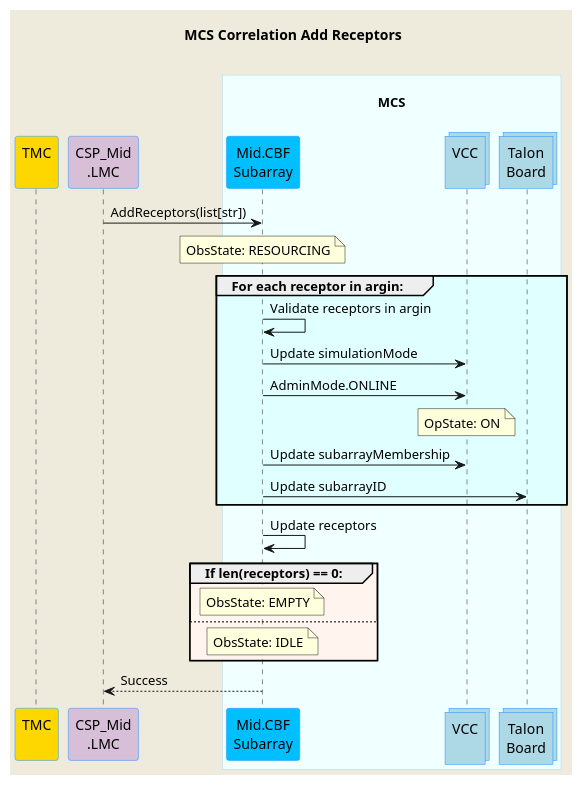
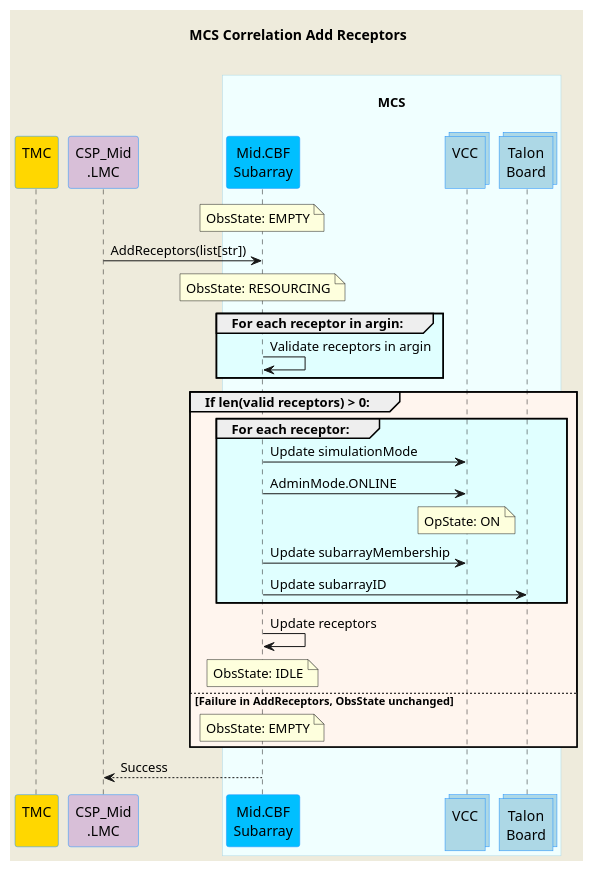
Before and after one commit to ska-telescope/mid-cbf-mcs: the diagram in docs/src/diagrams/add-receptors.puml, drawn with PlantUML. The commit also changed 1 other file, not shown here.

Commit message:
CIP-2424 remove subarray from on sequence, update addreceptors sequence

```diff
--- a/docs/src/diagrams/add-receptors.puml
+++ b/docs/src/diagrams/add-receptors.puml
@@ -1,51 +1,53 @@
 @startuml
 'https://plantuml.com/sequence-diagram
 
 skinparam backgroundColor #EEEBDC
 skinparam sequence {
     ParticipantBorderColor DodgerBlue
     ParticipantBackgroundColor DeepSkyBlue
     ActorBorderColor DarkGreen
     ActorBackgroundColor Green
     BoxBorderColor LightBlue
     BoxBackgroundColor #F0FFFF
 }
 skinparam collections {
     BackGroundColor LightBlue
     BorderColor DodgerBlue
 }
 
 title MCS Correlation Add Receptors\n
 
 participant "TMC\n" as tmc #Gold
 participant "CSP_Mid\n.LMC" as lmc #Thistle
 box "\nMCS\n"
     participant "Mid.CBF\nSubarray" as subarray
     collections "VCC\n" as vcc
     collections "Talon\nBoard" as talon
 end box
 
+note over subarray       : ObsState: EMPTY
 lmc         ->  subarray     : AddReceptors(list[str])
 note over subarray           : ObsState: RESOURCING
-
 group #LightCyan For each receptor in argin:
     subarray    -> subarray  : Validate receptors in argin
-    subarray    -> vcc       : Update simulationMode
-    subarray    -> vcc       : AdminMode.ONLINE
-    note over vcc            : OpState: ON
-    subarray    ->  vcc      : Update subarrayMembership
-    subarray    ->  talon    : Update subarrayID
 end group
 
-subarray    ->  subarray     : Update receptors
+group #SeaShell If len(valid receptors) > 0:
+    group #LightCyan For each receptor:
+        subarray    -> vcc       : Update simulationMode
+        subarray    -> vcc       : AdminMode.ONLINE
+        note over vcc            : OpState: ON
+        subarray    ->  vcc      : Update subarrayMembership
+        subarray    ->  talon    : Update subarrayID
+    end group
 
-group #SeaShell If len(receptors) == 0:
+    subarray    ->  subarray     : Update receptors
+    note over subarray       : ObsState: IDLE
+else Failure in AddReceptors, ObsState unchanged
     note over subarray       : ObsState: EMPTY
-else
-    note over subarray       : ObsState: IDLE
 end group
 
 
 lmc        <--  subarray     : Success
 
 @enduml
```
